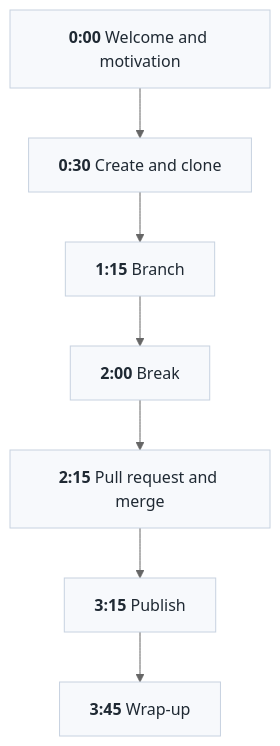
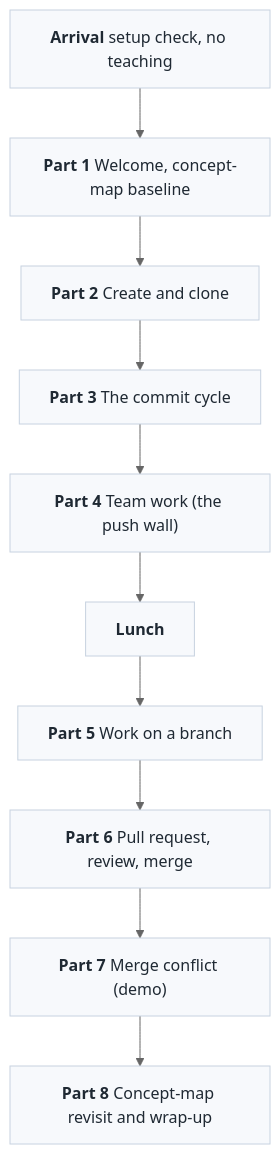
The diagram in ch-run-of-show.qmd (gitforsci/website), drawn with Mermaid (neutral theme) before and after one commit. The commit also changed other lines of this file and 3 other files, not shown here.

````diff
--- a/ch-run-of-show.qmd
+++ b/ch-run-of-show.qmd
@@ -11,14 +11,17 @@
 ```{mermaid}
 flowchart TD
     classDef layer fill:#f7f9fc,stroke:#c7d2e0,color:#1f2933;
 
-    A["<b>0:00</b> Welcome and motivation"]:::layer
-    B["<b>0:30</b> Create and clone"]:::layer
-    C["<b>1:15</b> Branch"]:::layer
-    BR["<b>2:00</b> Break"]:::layer
-    D["<b>2:15</b> Pull request and merge"]:::layer
-    E["<b>3:15</b> Publish"]:::layer
-    F["<b>3:45</b> Wrap-up"]:::layer
+    A0["<b>Arrival</b> setup check, no teaching"]:::layer
+    A["<b>Part 1</b> Welcome, concept-map baseline"]:::layer
+    B["<b>Part 2</b> Create and clone"]:::layer
+    C["<b>Part 3</b> The commit cycle"]:::layer
+    D["<b>Part 4</b> Team work (the push wall)"]:::layer
+    LU["<b>Lunch</b>"]:::layer
+    E["<b>Part 5</b> Work on a branch"]:::layer
+    F["<b>Part 6</b> Pull request, review, merge"]:::layer
+    G["<b>Part 7</b> Merge conflict (demo)"]:::layer
+    H["<b>Part 8</b> Concept-map revisit and wrap-up"]:::layer
 
-    A --> B --> C --> BR --> D --> E --> F
+    A0 --> A --> B --> C --> D --> LU --> E --> F --> G --> H
 ```
````
